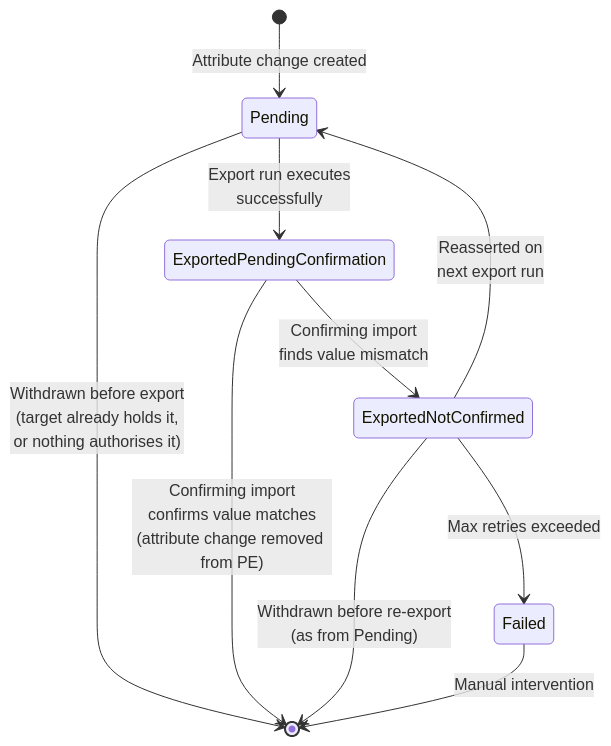
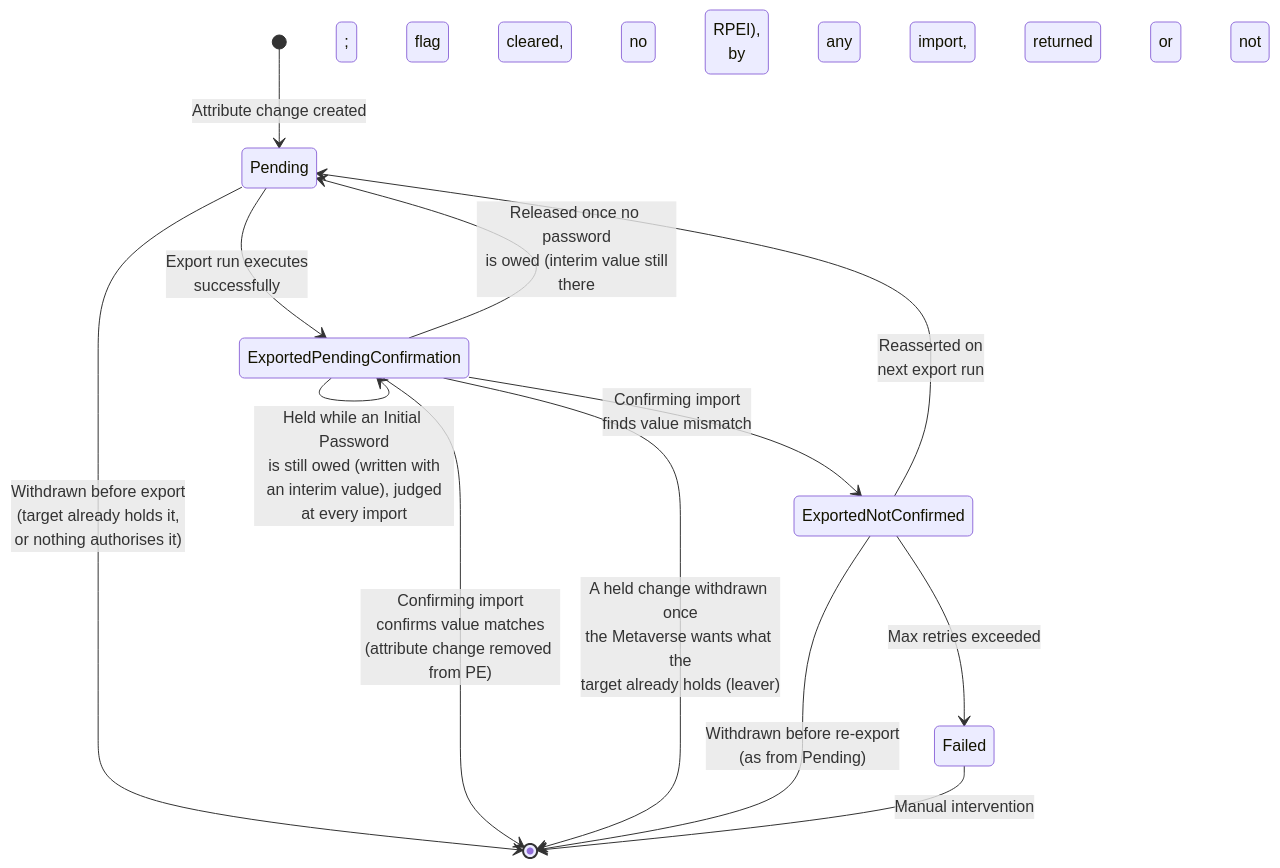
One commit to TetronIO/JIM changed the third of 5 diagrams in docs/developer/diagrams/PENDING_EXPORT_LIFECYCLE.md. Above: the diagram before and after it, drawn with Mermaid. The commit also changed other lines of this file and 172 other files, not shown here.

First line of the commit message:
LDAP: refuse Object Type changes, create Active Directory accounts with an Initial Password, and fix partly applied membership exports (#2110)

````diff
--- a/docs/developer/diagrams/PENDING_EXPORT_LIFECYCLE.md
+++ b/docs/developer/diagrams/PENDING_EXPORT_LIFECYCLE.md
@@ -142,20 +142,26 @@
 ```mermaid
 stateDiagram-v2
     [*] --> Pending: Attribute change created
 
     Pending --> [*]: Withdrawn before export<br/>(target already holds it,<br/>or nothing authorises it)
 
     Pending --> ExportedPendingConfirmation: Export run executes<br/>successfully
 
     ExportedPendingConfirmation --> [*]: Confirming import<br/>confirms value matches<br/>(attribute change removed from PE)
 
     ExportedPendingConfirmation --> ExportedNotConfirmed: Confirming import<br/>finds value mismatch
 
+    ExportedPendingConfirmation --> ExportedPendingConfirmation: Held while an Initial Password<br/>is still owed (written with<br/>an interim value), judged<br/>at every import
+
+    ExportedPendingConfirmation --> Pending: Released once no password<br/>is owed (interim value still<br/>there; flag cleared, no RPEI),<br/>by any import, returned or not
+
+    ExportedPendingConfirmation --> [*]: A held change withdrawn once<br/>the Metaverse wants what the<br/>target already holds (leaver)
+
     ExportedNotConfirmed --> Pending: Reasserted on<br/>next export run
 
     ExportedNotConfirmed --> Failed: Max retries exceeded
 
     ExportedNotConfirmed --> [*]: Withdrawn before re-export<br/>(as from Pending)
 
     Failed --> [*]: Manual intervention
 ```
````
